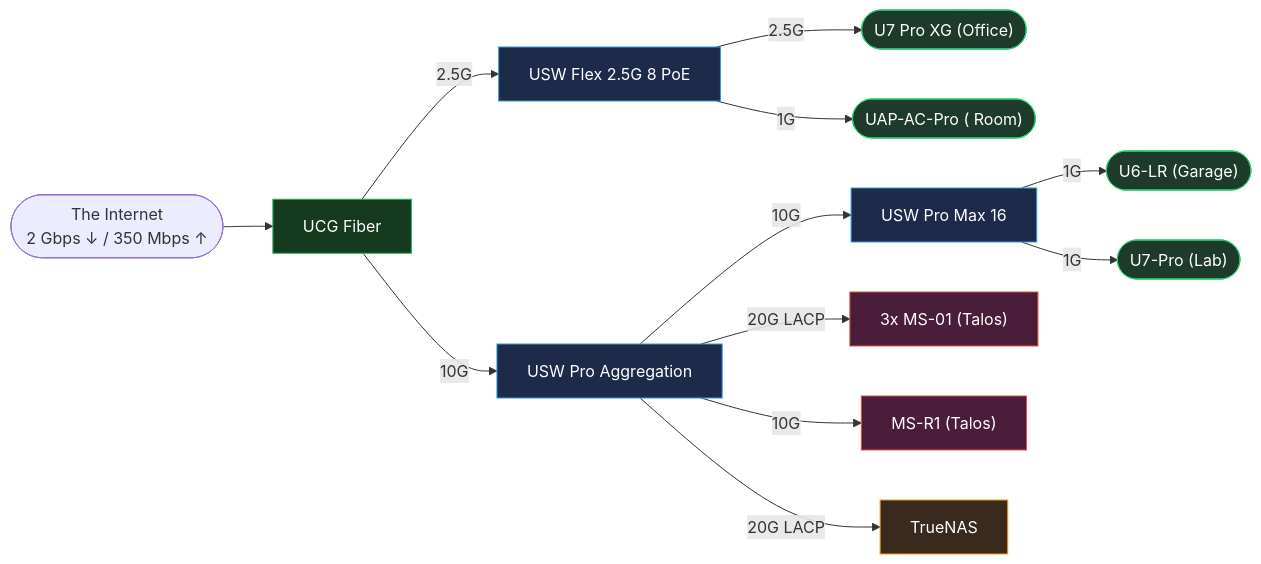
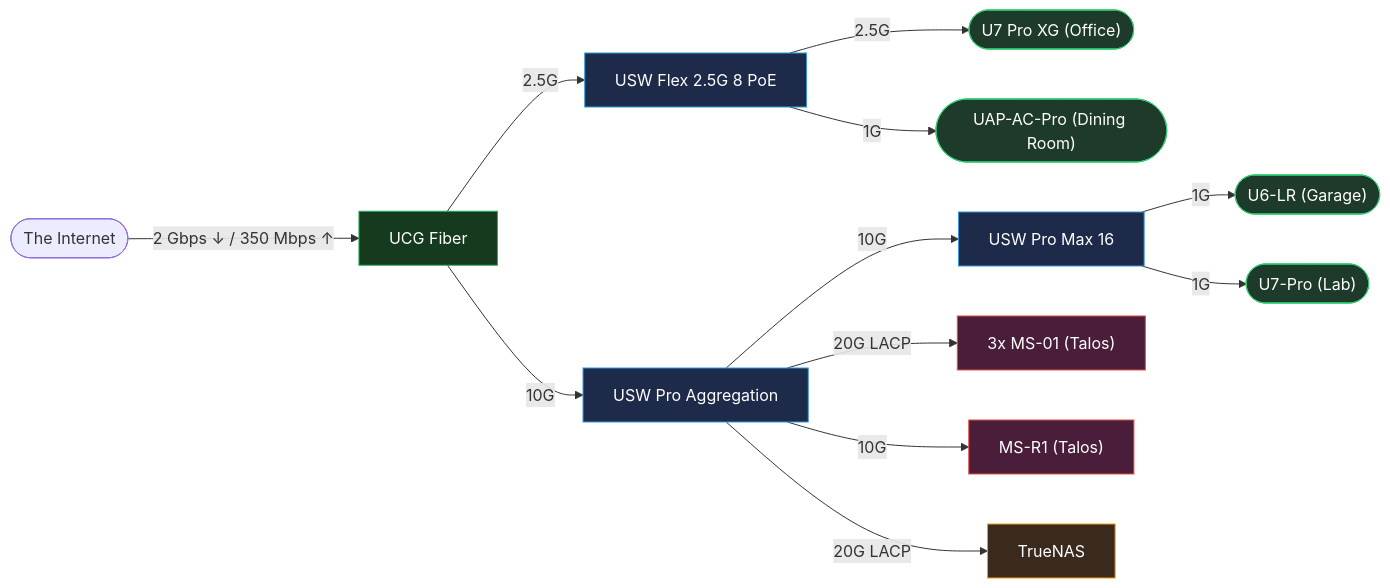
One commit to waifulabs/infrastructure changed the diagram in README.md. Above: the diagram before and after it, drawn with Mermaid.

Commit message:
Fixing Douglas's bugs.

````diff
--- a/README.md
+++ b/README.md
@@ -73,25 +73,25 @@
 ```mermaid
 flowchart LR
     classDef gateway fill:#163a1e,stroke:#27ae60,color:#fff
     classDef switch fill:#1e2a4a,stroke:#3498db,color:#fff
     classDef compute fill:#4a1e3a,stroke:#e74c3c,color:#fff
     classDef storage fill:#3a2a1e,stroke:#f39c12,color:#fff
     classDef ap fill:#1e3a2a,stroke:#2ecc71,color:#fff
 
-    Internet(["The Internet\n2 Gbps ↓ / 350 Mbps ↑"])
+    Internet(["The Internet"])
 
-    Internet --> UCG["UCG Fiber"]:::gateway
+    Internet -- "2 Gbps ↓ / 350 Mbps ↑" --> UCG["UCG Fiber"]:::gateway
     UCG -- 2.5G --> FLEX["USW Flex 2.5G 8 PoE"]:::switch
     UCG -- 10G --> AGG["USW Pro Aggregation"]:::switch
 
     FLEX -- 2.5G --> U7XG(["U7 Pro XG (Office)"]):::ap
-    FLEX -- 1G --> UAPAC(["UAP-AC-Pro (  Room)"]):::ap
+    FLEX -- 1G --> UAPAC(["UAP-AC-Pro (Dining Room)"]):::ap
 
     AGG -- 10G --> MAX["USW Pro Max 16"]:::switch
     AGG -- 20G LACP --> MS01["3x MS-01 (Talos)"]:::compute
     AGG -- 10G --> MSR1["MS-R1 (Talos)"]:::compute
     AGG -- 20G LACP --> TN["TrueNAS"]:::storage
 
     MAX -- 1G --> U6LR(["U6-LR (Garage)"]):::ap
     MAX -- 1G --> U7PRO(["U7-Pro (Lab)"]):::ap
 ```
````
